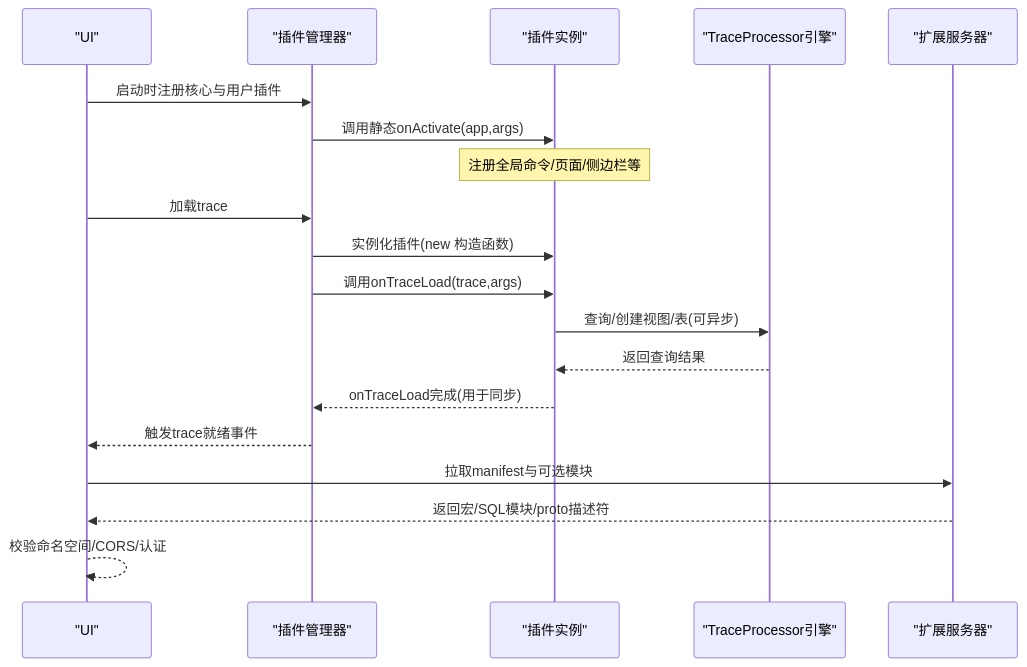
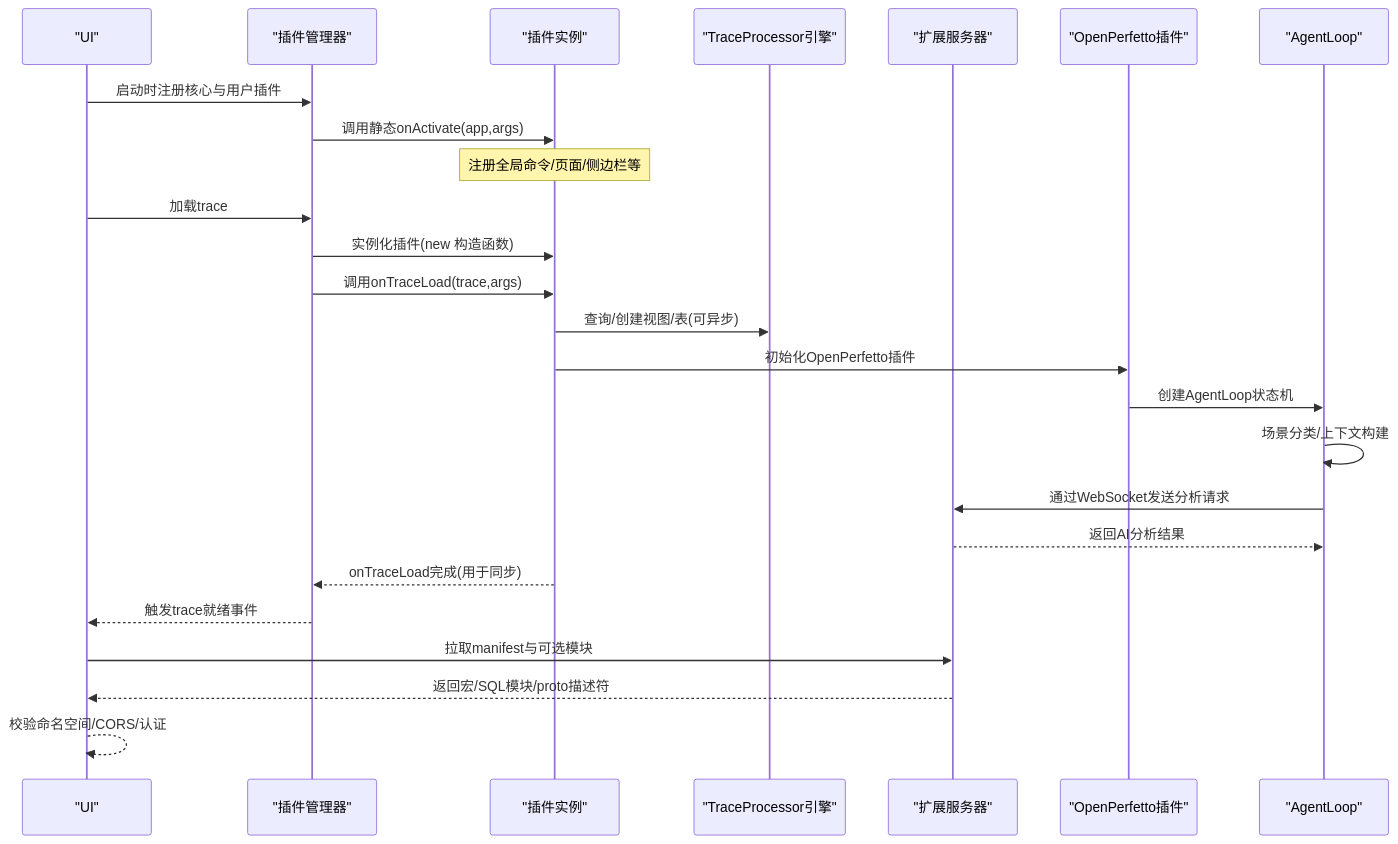
The second of 8 diagrams in .qoder/repowiki/zh/content/Web界面和可视化/UI插件系统.md (TracerQi/openperfetto), drawn with Mermaid before and after one commit. The commit also changed other lines of this file and 706 other files, not shown here.

````diff
--- a/.qoder/repowiki/zh/content/Web界面和可视化/UI插件系统.md
+++ b/.qoder/repowiki/zh/content/Web界面和可视化/UI插件系统.md
@@ -89,21 +141,27 @@
 ```mermaid
 sequenceDiagram
 participant UI as "UI"
 participant PM as "插件管理器"
 participant P as "插件实例"
 participant TP as "TraceProcessor引擎"
 participant ES as "扩展服务器"
+participant OP as "OpenPerfetto插件"
+participant AL as "AgentLoop"
 UI->>PM : 启动时注册核心与用户插件
 PM->>P : 调用静态onActivate(app,args)
 Note over P : 注册全局命令/页面/侧边栏等
 UI->>PM : 加载trace
 PM->>P : 实例化插件(new 构造函数)
 PM->>P : 调用onTraceLoad(trace,args)
 P->>TP : 查询/创建视图/表(可异步)
-TP-->>P : 返回查询结果
+P->>OP : 初始化OpenPerfetto插件
+OP->>AL : 创建AgentLoop状态机
+AL->>AL : 场景分类/上下文构建
+AL->>ES : 通过WebSocket发送分析请求
+ES-->>AL : 返回AI分析结果
 P-->>PM : onTraceLoad完成(用于同步)
 PM-->>UI : 触发trace就绪事件
 UI->>ES : 拉取manifest与可选模块
 ES-->>UI : 返回宏/SQL模块/proto描述符
 UI-->>UI : 校验命名空间/CORS/认证
 ```
````
